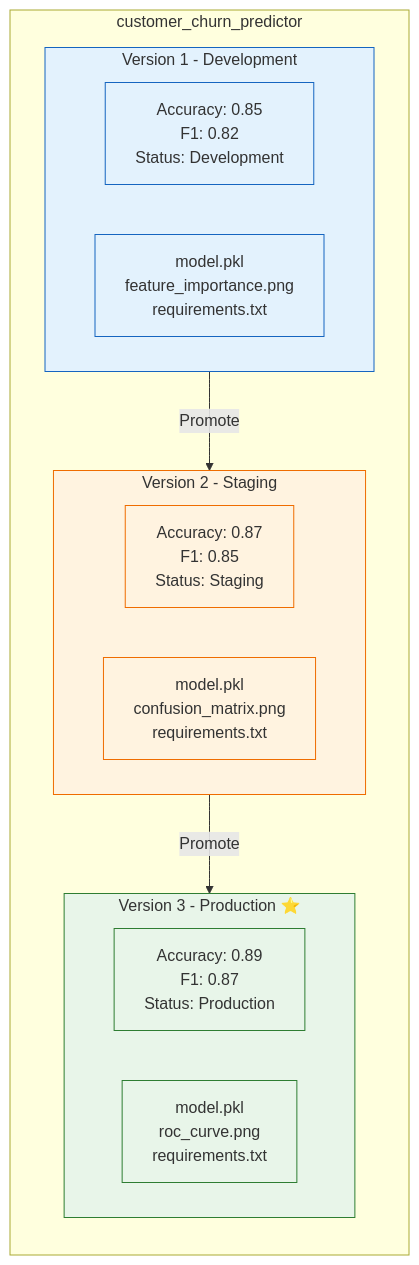
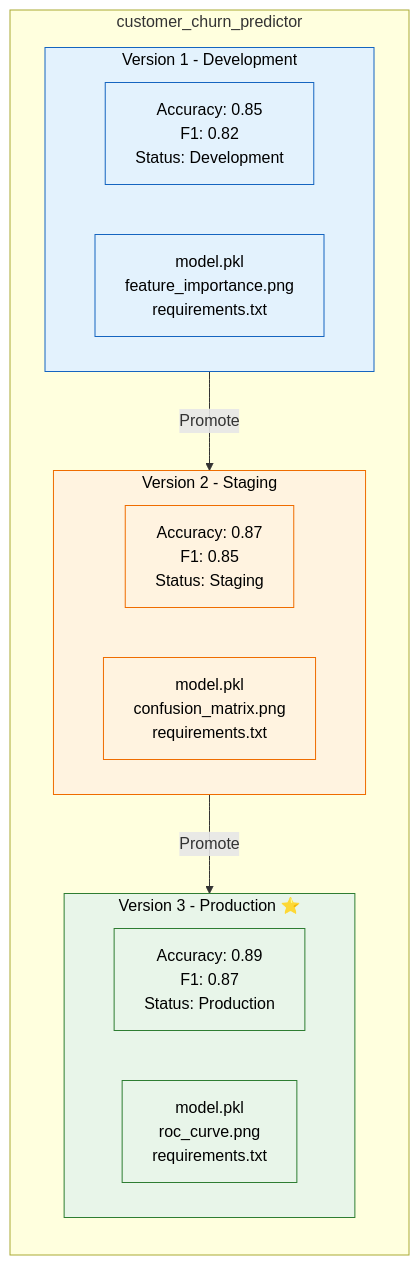
One commit to snowcell-cloud/asgard changed diagram 14 of 19 in docs/COMPLETE_ARCHITECTURE.md. Above: the diagram before and after it, drawn with Mermaid. The commit also changed other lines of this file, not shown here.

Commit message:
fix: Update mermaid class definitions for consistent color styling in COMPLETE_ARCHITECTURE.md

````diff
--- a/docs/COMPLETE_ARCHITECTURE.md
+++ b/docs/COMPLETE_ARCHITECTURE.md
@@ -1033,32 +1033,32 @@
 ```mermaid
 flowchart TB
     subgraph Models["customer_churn_predictor"]
         direction TB
 
         subgraph V1["Version 1 - Development"]
             V1_Metrics[Accuracy: 0.85\nF1: 0.82\nStatus: Development]
             V1_Artifacts[model.pkl\nfeature_importance.png\nrequirements.txt]
         end
 
         subgraph V2["Version 2 - Staging"]
             V2_Metrics[Accuracy: 0.87\nF1: 0.85\nStatus: Staging]
             V2_Artifacts[model.pkl\nconfusion_matrix.png\nrequirements.txt]
         end
 
         subgraph V3["Version 3 - Production ⭐"]
             V3_Metrics[Accuracy: 0.89\nF1: 0.87\nStatus: Production]
             V3_Artifacts[model.pkl\nroc_curve.png\nrequirements.txt]
         end
     end
 
     V1 -->|Promote| V2
     V2 -->|Promote| V3
 
-    classDef devStyle fill:#e3f2fd,stroke:#1565c0
-    classDef stagingStyle fill:#fff3e0,stroke:#ef6c00
-    classDef prodStyle fill:#e8f5e9,stroke:#2e7d32
+    classDef devStyle fill:#e3f2fd,stroke:#1565c0,color:#000
+    classDef stagingStyle fill:#fff3e0,stroke:#ef6c00,color:#000
+    classDef prodStyle fill:#e8f5e9,stroke:#2e7d32,color:#000
 
     class V1,V1_Metrics,V1_Artifacts devStyle
     class V2,V2_Metrics,V2_Artifacts stagingStyle
     class V3,V3_Metrics,V3_Artifacts prodStyle
 ```
````
